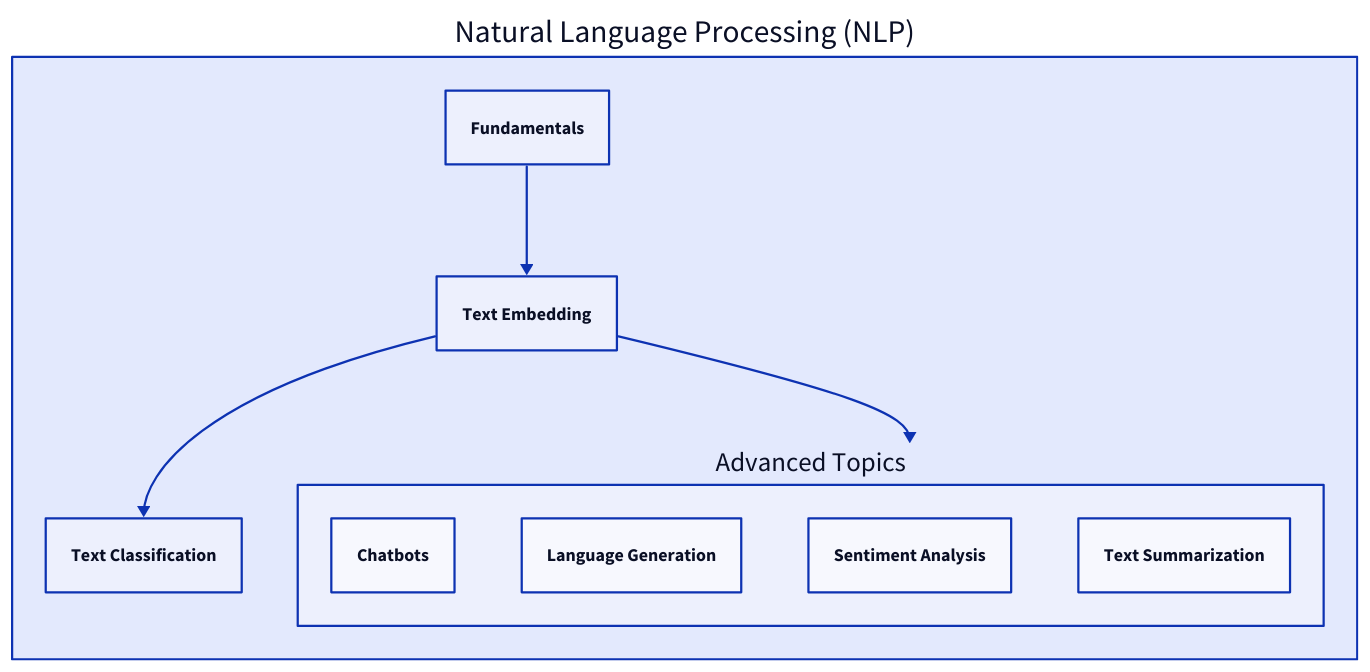
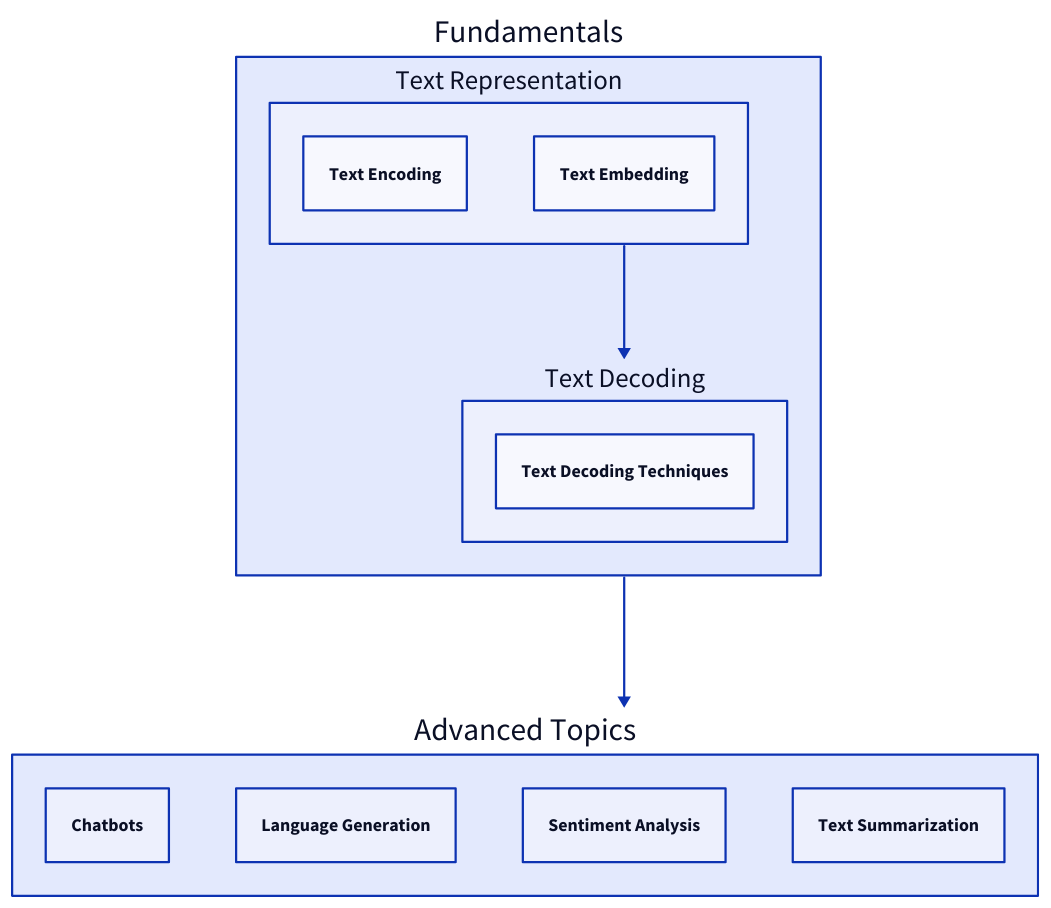
The diagram in blogs/computer-vision-road-map/natural_language_processing.d2 (maycuatroi/blog), drawn with D2 before and after one commit. The commit also changed other lines of this file and 21 other files, not shown here.

Commit message:
- update roadmap

```diff
--- a/blogs/computer-vision-road-map/natural_language_processing.d2
+++ b/blogs/computer-vision-road-map/natural_language_processing.d2
@@ -1,25 +1,33 @@
+label: "Natural Language Processing (NLP)"
+fundamentals: {
+  label: "Fundamentals"
 
-natural_language_processing: {
-    label: "Natural Language Processing (NLP)"
-    fundamentals: "Fundamentals"
-    text_embedding: "Text Embedding"
-    text_classification: "Text Classification"
-  
-    advanced_topics: {
-      label: "Advanced Topics"
-      chatbots: {
-        label: "Chatbots"
-      }
-      language_generation: {
-        label: "Language Generation"
-      }
-      sentiment_analysis: {
-        label: "Sentiment Analysis"
-      }
-  
-      text_summarization: "Text Summarization"
-    }
-    fundamentals -> text_embedding
-    text_embedding -> text_classification
-    text_embedding -> advanced_topics
+  text_representation: {
+    label: "Text Representation"
+    text_encoding: "Text Encoding"
+  text_embedding: "Text Embedding"
+  }   
+
+  text_decoding: {
+    label: "Text Decoding"
+    text_decoding_techniques: "Text Decoding Techniques"
   }
+  text_representation -> text_decoding
+}
+
+
+advanced_topics: {
+  label: "Advanced Topics"
+  chatbots: {
+    label: "Chatbots"
+  }
+  language_generation: {
+    label: "Language Generation"
+  }
+  sentiment_analysis: {
+    label: "Sentiment Analysis"
+  }
+
+  text_summarization: "Text Summarization"
+}
+fundamentals -> advanced_topics
```
